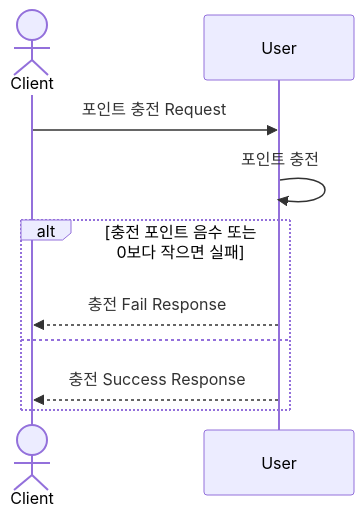
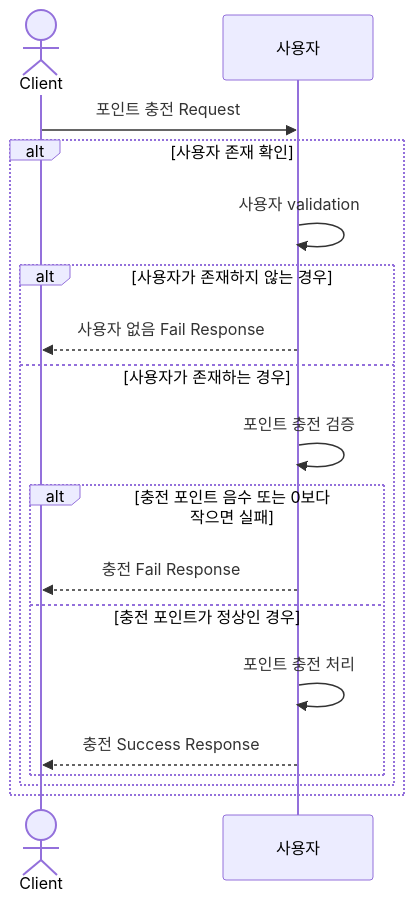
The second of 8 diagrams in docs/SequenceDiagram.md (KMGeon/hhplus-e-commerce), drawn with Mermaid before and after one commit. The commit also changed other lines of this file, not shown here.

Commit message:
[DOCS] : 시퀀스 다이어그램

````diff
--- a/docs/SequenceDiagram.md
+++ b/docs/SequenceDiagram.md
@@ -19,14 +35,24 @@
 ```mermaid
 sequenceDiagram
     actor Client
-    participant User
+    participant Usr as 사용자
     
-    Client->>User: 포인트 충전 Request
-    User->>User: 포인트 충전
+    Client->>Usr: 포인트 충전 Request
     
-    alt 충전 포인트 음수 또는 0보다 작으면 실패
-        User-->>Client: 충전 Fail Response
-    else
-        User-->>Client: 충전 Success Response
+    alt 사용자 존재 확인
+        Usr->>Usr: 사용자 validation
+        
+        alt 사용자가 존재하지 않는 경우
+            Usr-->>Client: 사용자 없음 Fail Response
+        else 사용자가 존재하는 경우
+            Usr->>Usr: 포인트 충전 검증
+            
+            alt 충전 포인트 음수 또는 0보다 작으면 실패
+                Usr-->>Client: 충전 Fail Response
+            else 충전 포인트가 정상인 경우
+                Usr->>Usr: 포인트 충전 처리
+                Usr-->>Client: 충전 Success Response
+            end
+        end
     end
 ```
````
